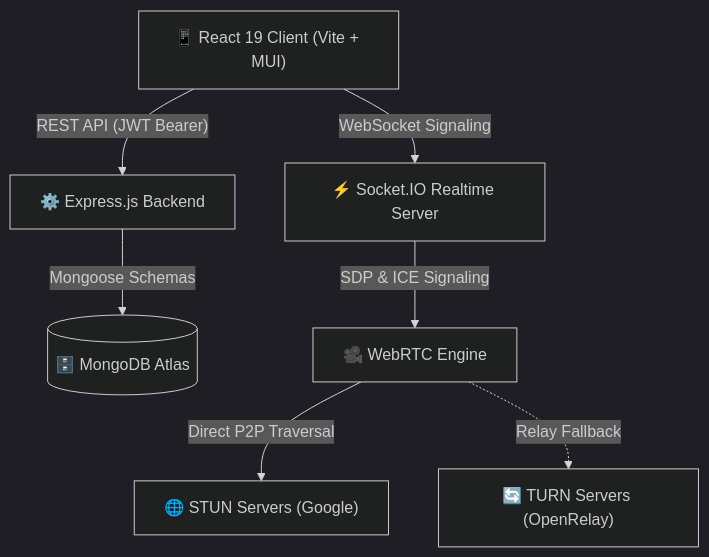
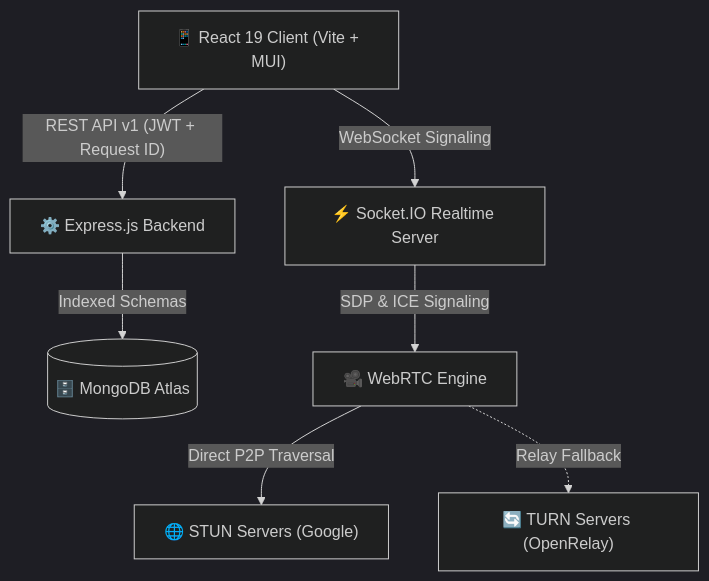
Before and after one commit to Sekhar01807/Novacall: the first of 6 diagrams in README.md, drawn with Mermaid (dark theme). The commit also changed other lines of this file and 34 other files, not shown here.

````diff
--- a/README.md
+++ b/README.md
@@ -107,10 +109,10 @@
 ```mermaid
 graph TD
     Client["📱 React 19 Client (Vite + MUI)"]
-    Client -->|"REST API (JWT Bearer)"| Express["⚙️ Express.js Backend"]
+    Client -->|"REST API v1 (JWT + Request ID)"| Express["⚙️ Express.js Backend"]
     Client -->|"WebSocket Signaling"| Socket["⚡ Socket.IO Realtime Server"]
-    Express -->|"Mongoose Schemas"| Mongo[("🗄️ MongoDB Atlas")]
+    Express -->|"Indexed Schemas"| Mongo[("🗄️ MongoDB Atlas")]
     Socket -->|"SDP & ICE Signaling"| WebRTC["🎥 WebRTC Engine"]
     WebRTC -->|"Direct P2P Traversal"| STUN["🌐 STUN Servers (Google)"]
     WebRTC -.->|"Relay Fallback"| TURN["🔄 TURN Servers (OpenRelay)"]
 ```
````
